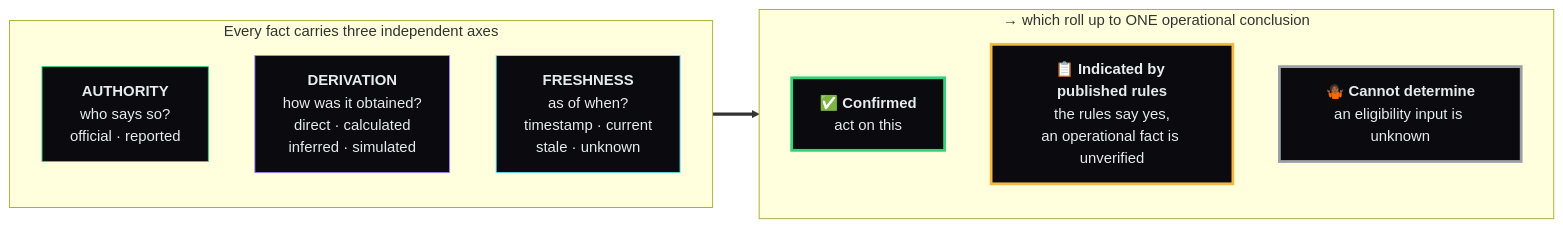
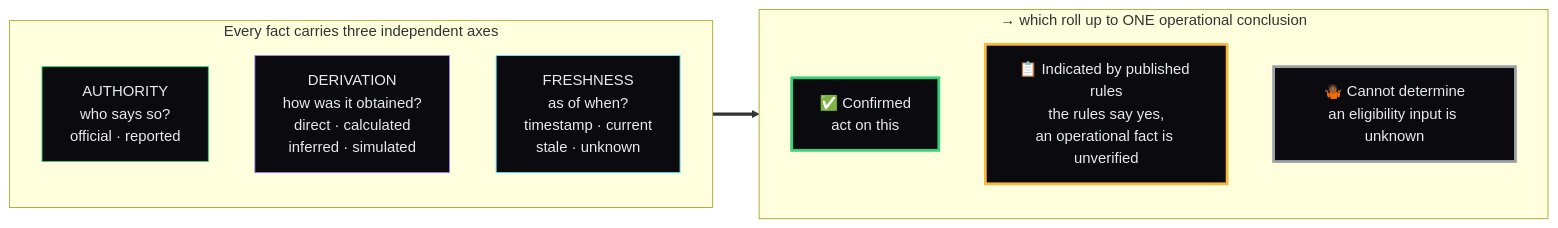
The fourth of 6 diagrams in README.md (Chrisleo-16/terramavuno-jice), drawn with Mermaid before and after one commit. The commit also changed other lines of this file and 5 other files, not shown here.

First line of the commit message:
fix: make ward boundaries legible, lint mermaid for GitHub, add presentation script

````diff
--- a/README.md
+++ b/README.md
@@ -284,24 +284,24 @@
 ```mermaid
 flowchart LR
     subgraph AX["Every fact carries three independent axes"]
         direction TB
-        A["<b>AUTHORITY</b><br/>who says so?<br/>official · reported"]
-        B["<b>DERIVATION</b><br/>how was it obtained?<br/>direct · calculated<br/>inferred · simulated"]
-        C["<b>FRESHNESS</b><br/>as of when?<br/>timestamp · current<br/>stale · unknown"]
+        A["AUTHORITY<br/>who says so?<br/>official · reported"]
+        B["DERIVATION<br/>how was it obtained?<br/>direct · calculated<br/>inferred · simulated"]
+        C["FRESHNESS<br/>as of when?<br/>timestamp · current<br/>stale · unknown"]
     end
     AX ==> OUT
 
     subgraph OUT["→ which roll up to ONE operational conclusion"]
         direction TB
-        O1["✅ <b>Confirmed</b><br/>act on this"]
-        O2["📋 <b>Indicated by published rules</b><br/>the rules say yes,<br/>an operational fact is unverified"]
-        O3["🤷🏾 <b>Cannot determine</b><br/>an eligibility input is unknown"]
+        O1["✅ Confirmed<br/>act on this"]
+        O2["📋 Indicated by published rules<br/>the rules say yes,<br/>an operational fact is unverified"]
+        O3["🤷🏾 Cannot determine<br/>an eligibility input is unknown"]
     end
 
     style A fill:#0a0a0f,stroke:#34d17b,color:#e8eaed
     style B fill:#0a0a0f,stroke:#a78bfa,color:#e8eaed
     style C fill:#0a0a0f,stroke:#6be8ff,color:#e8eaed
     style O1 fill:#0a0a0f,stroke:#34d17b,stroke-width:3px,color:#e8eaed
     style O2 fill:#0a0a0f,stroke:#f5b942,stroke-width:3px,color:#e8eaed
     style O3 fill:#0a0a0f,stroke:#9aa0a6,stroke-width:3px,color:#e8eaed
 ```
````
